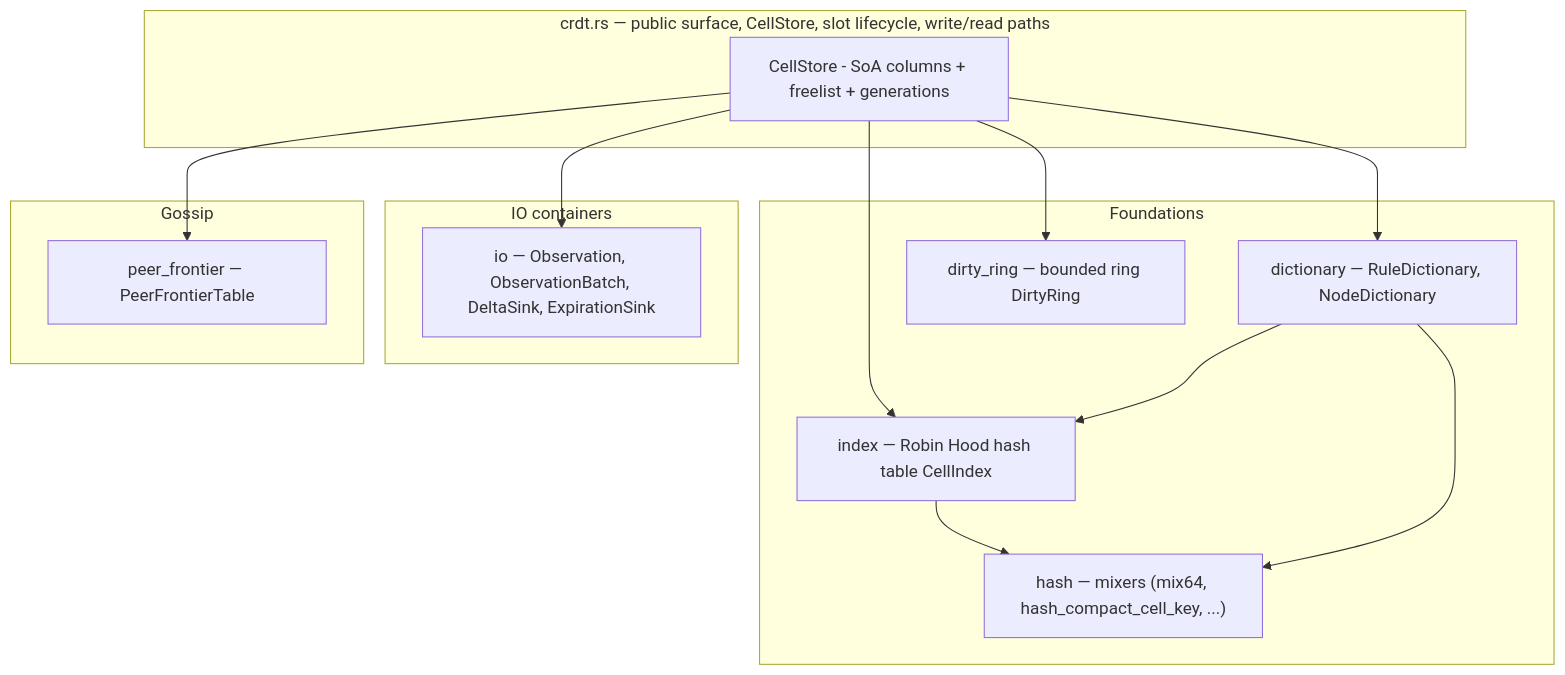
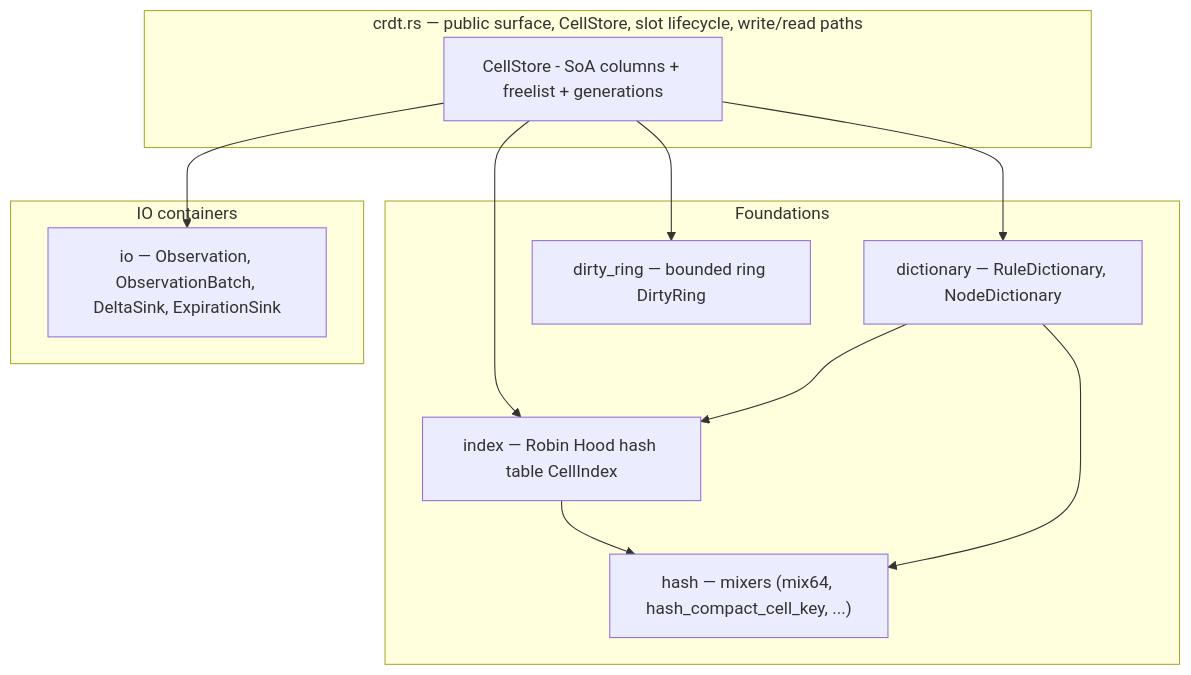
The first of 19 diagrams in crates/gabion/CRDT.md (prosody-events/gabion), drawn with Mermaid before and after one commit. The commit also changed other lines of this file and 13 other files, not shown here.

First line of the commit message:
fix(gossip): replace the per-peer frontier with bp-skip

````diff
--- a/crates/gabion/CRDT.md
+++ b/crates/gabion/CRDT.md
@@ -80,30 +79,25 @@
 ```mermaid
 flowchart TB
     subgraph topmodule["crdt.rs — public surface, CellStore, slot lifecycle, write/read paths"]
         CS[CellStore - SoA columns + freelist + generations]
     end
 
     subgraph foundations["Foundations"]
         H["hash — mixers (mix64, hash_compact_cell_key, ...)"]
         D["dictionary — RuleDictionary, NodeDictionary"]
         I["index — Robin Hood hash table CellIndex"]
         DR["dirty_ring — bounded ring DirtyRing"]
     end
 
     subgraph iolayer["IO containers"]
         IO["io — Observation, ObservationBatch, DeltaSink, ExpirationSink"]
     end
 
-    subgraph gossip["Gossip"]
-        PF["peer_frontier — PeerFrontierTable"]
-    end
-
     CS --> D
     CS --> I
     I --> H
     D --> H
     D --> I
     CS --> DR
     CS --> IO
-    CS --> PF
 ```
````
